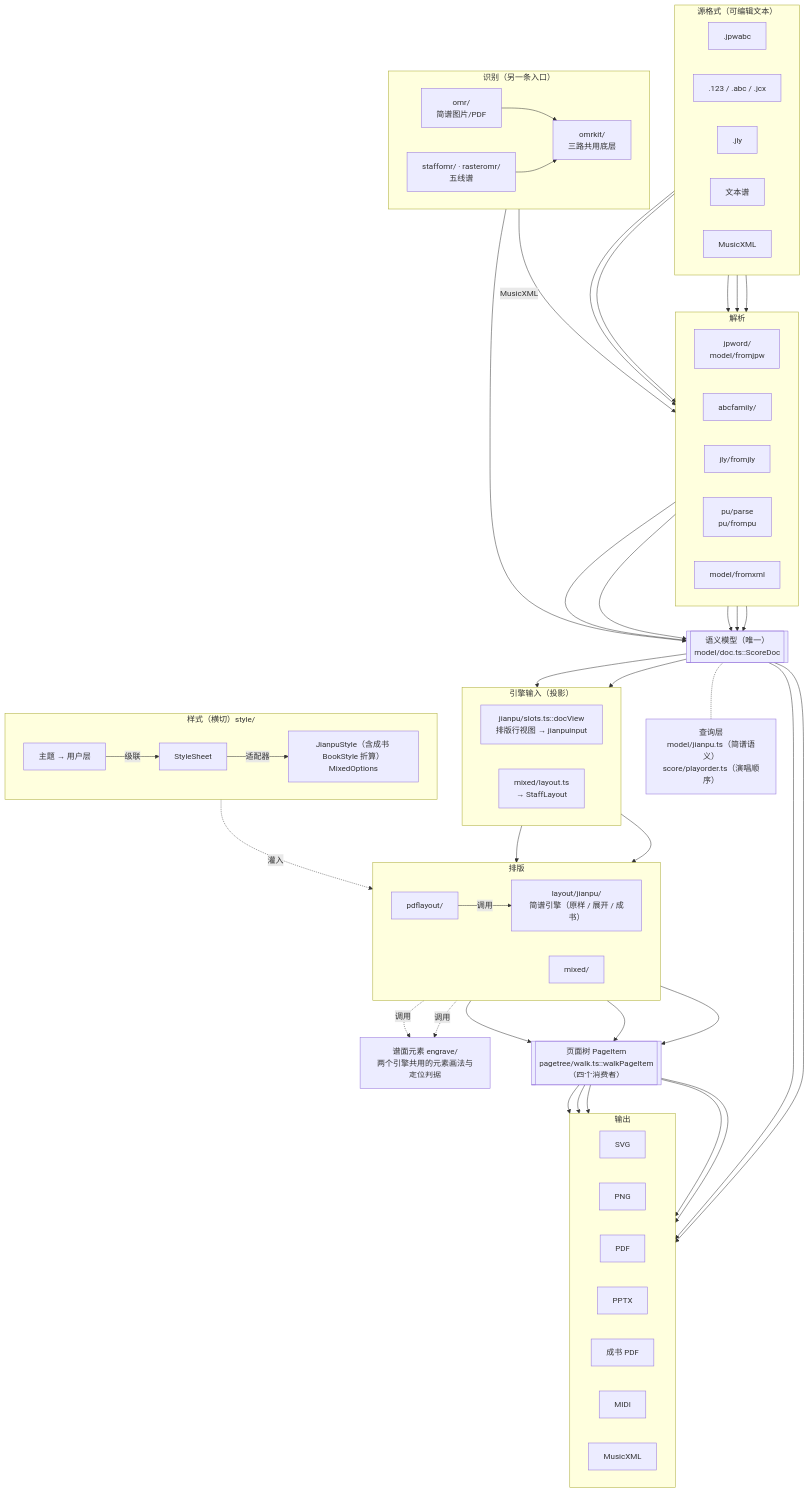
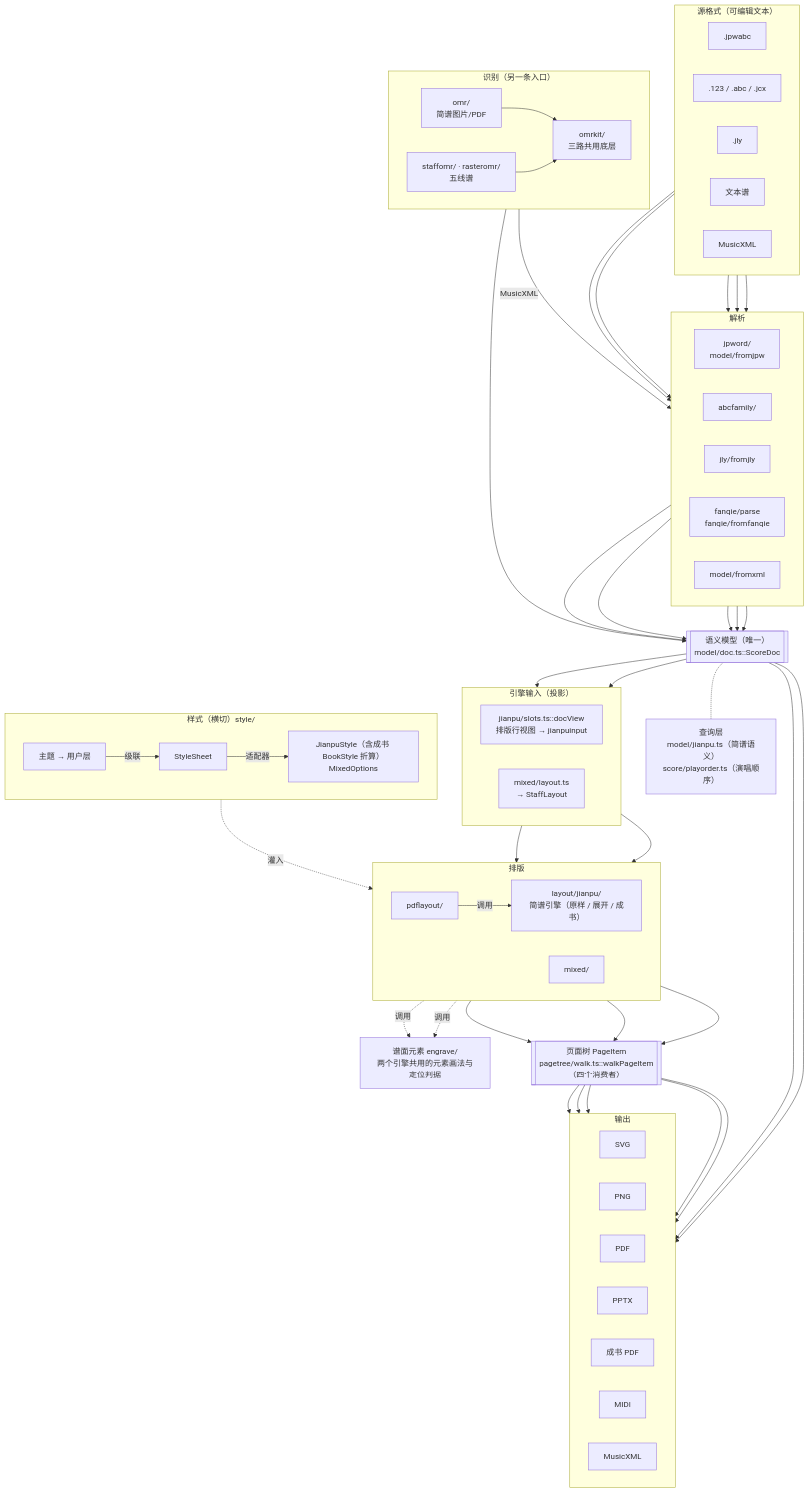
One commit to lodebar2026/dolce changed the diagram in docs/架构.md. Above: the diagram before and after it, drawn with Mermaid. The commit also changed other lines of this file and 79 other files, not shown here.

Commit message:
文本谱模块 pu 改名 fanqie：src/pu→src/fanqie（topu/frompu→tofanqie/fromfanqie）、格式 id、类型与函数名、i18n 键、window.__fanqie；.pu 扩展名与 pu.db 不动

```diff
--- a/docs/架构.md
+++ b/docs/架构.md
@@ -52,7 +52,7 @@
     jpw[".jpwabc"]
     abcf[".123 / .abc / .jcx"]
     jly[".jly"]
-    pu["文本谱"]
+    fanqie["文本谱"]
     xml["MusicXML"]
   end
 
@@ -61,7 +61,7 @@
     pjpw["jpword/<br/>model/fromjpw"]
     pabc["abcfamily/"]
     pjly["jly/fromjly"]
-    ppu["pu/parse<br/>pu/frompu"]
+    ppu["fanqie/parse<br/>fanqie/fromfanqie"]
     pxml["model/fromxml"]
   end
 
@@ -112,7 +112,7 @@
   jpw --> pjpw
   abcf --> pabc
   jly --> pjly
-  pu --> ppu
+  fanqie --> ppu
   xml --> pxml
   pjpw & pabc & pjly & ppu & pxml --> doc
   omr & somr --> kit
```
